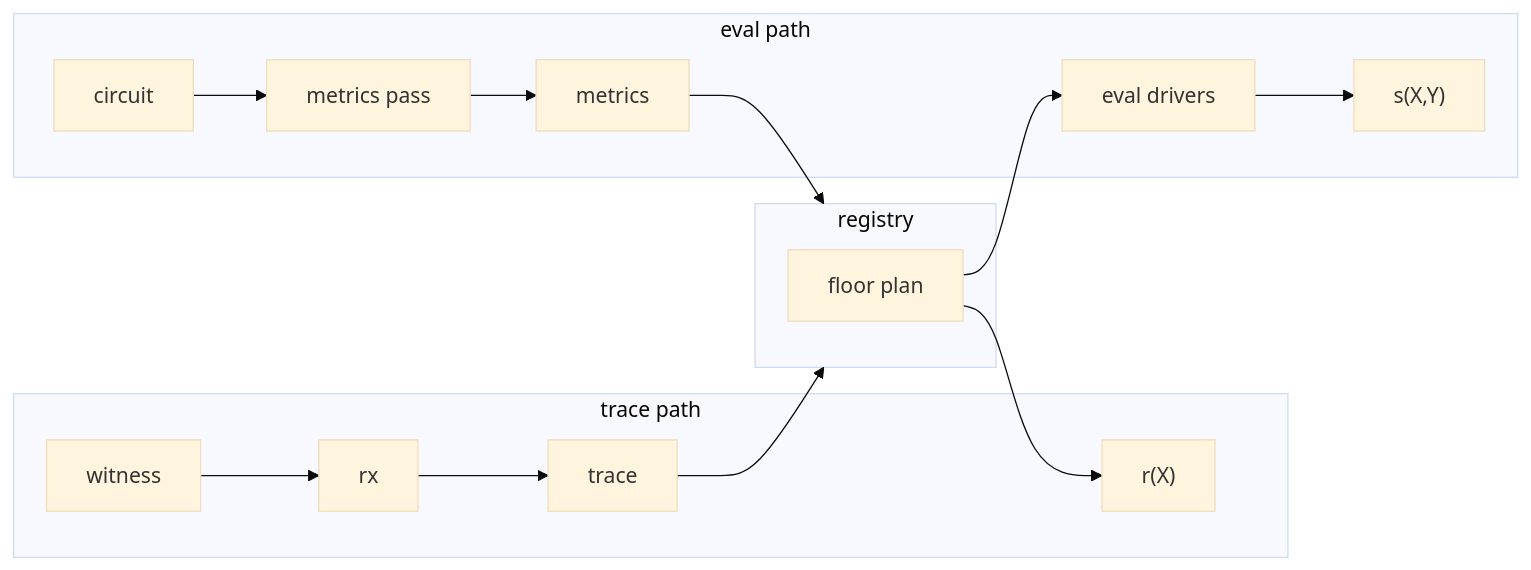
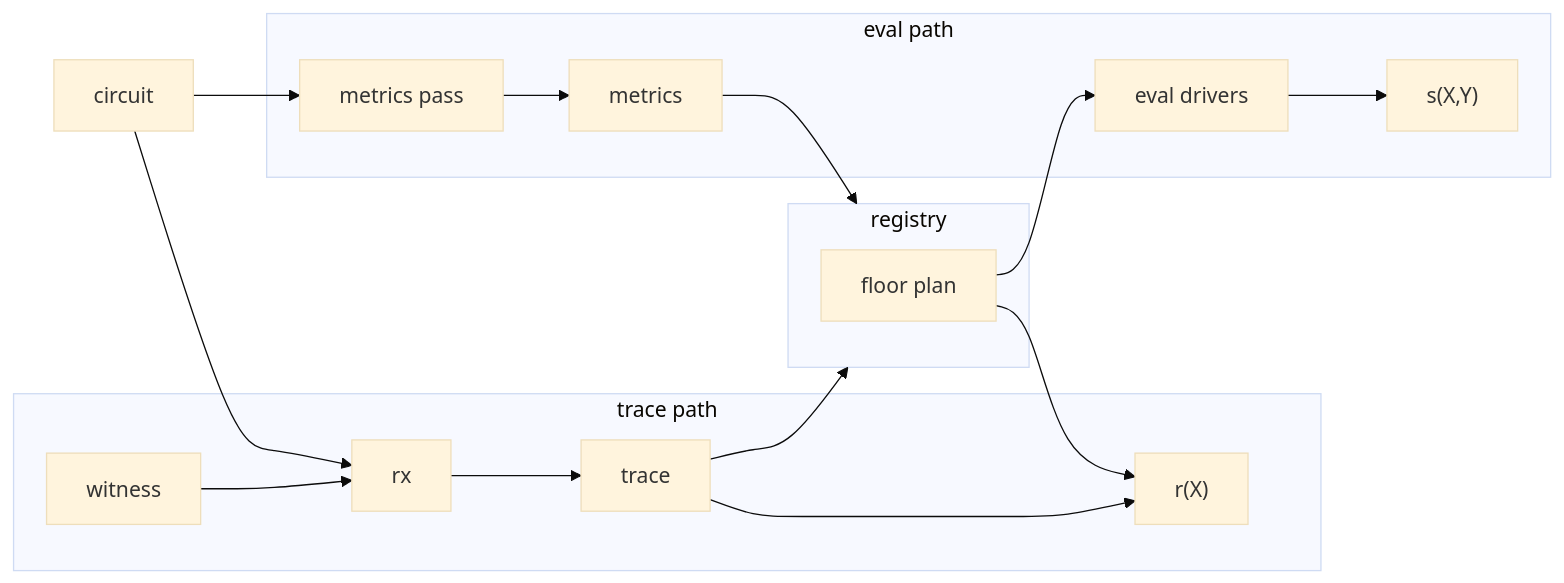
Before and after one commit to TalDerei/ragu: the diagram in book/src/implementation/routines.md, drawn with Mermaid (base theme). The commit also changed other lines of this file, not shown here.

````diff
--- a/book/src/implementation/routines.md
+++ b/book/src/implementation/routines.md
@@ -61,18 +61,20 @@
 ```mermaid
 graph LR
+    C[circuit]
     subgraph tp[trace path]
-        W[witness] --> rx --> trace
-        TP["r(X)"]
+        W[witness] --> rx --> trace --> TP["r(X)"]
     end
     subgraph R[registry]
         FP[floor plan]
     end
     subgraph ep[eval path]
-        C[circuit] --> MP[metrics pass] --> metrics
+        MP[metrics pass] --> metrics
         ED[eval drivers] --> SP["s(X,Y)"]
     end
+    C --> rx
+    C --> MP
     trace --> R
     metrics --> R
     FP --> ED
     FP --> TP
 ```
````
